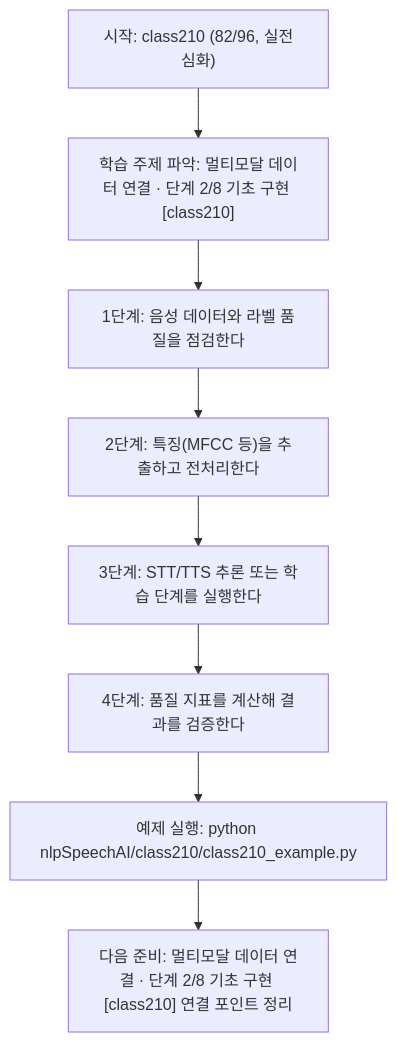
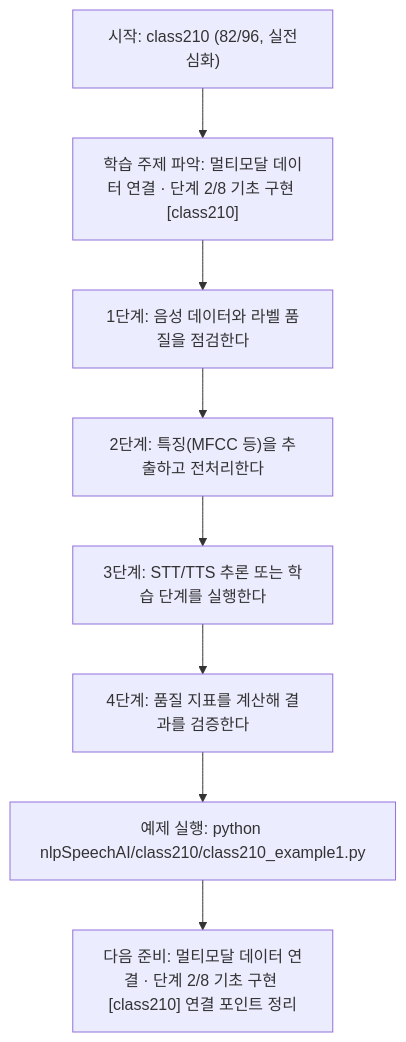
One commit to edumgt/Python-AI_Agent-Class changed the diagram in nlpSpeechAI/class210/class210.md. Above: the diagram before and after it, drawn with Mermaid. The commit also changed other lines of this file and 2959 other files, not shown here.

````diff
--- a/nlpSpeechAI/class210/class210.md
+++ b/nlpSpeechAI/class210/class210.md
@@ -114,18 +114,18 @@
 ```mermaid
 flowchart TD
 N1["시작: class210 (82/96, 실전심화)"]
 N2["학습 주제 파악: 멀티모달 데이터 연결 · 단계 2/8 기초 구현 [class210]"]
 N3["1단계: 음성 데이터와 라벨 품질을 점검한다"]
 N4["2단계: 특징(MFCC 등)을 추출하고 전처리한다"]
 N5["3단계: STT/TTS 추론 또는 학습 단계를 실행한다"]
 N6["4단계: 품질 지표를 계산해 결과를 검증한다"]
-N7["예제 실행: python nlpSpeechAI/class210/class210_example.py"]
+N7["예제 실행: python nlpSpeechAI/class210/class210_example1.py"]
 N8["다음 준비: 멀티모달 데이터 연결 · 단계 2/8 기초 구현 [class210] 연결 포인트 정리"]
 N1 --> N2
 N2 --> N3
 N3 --> N4
 N4 --> N5
 N5 --> N6
 N6 --> N7
 N7 --> N8
 ```
````
